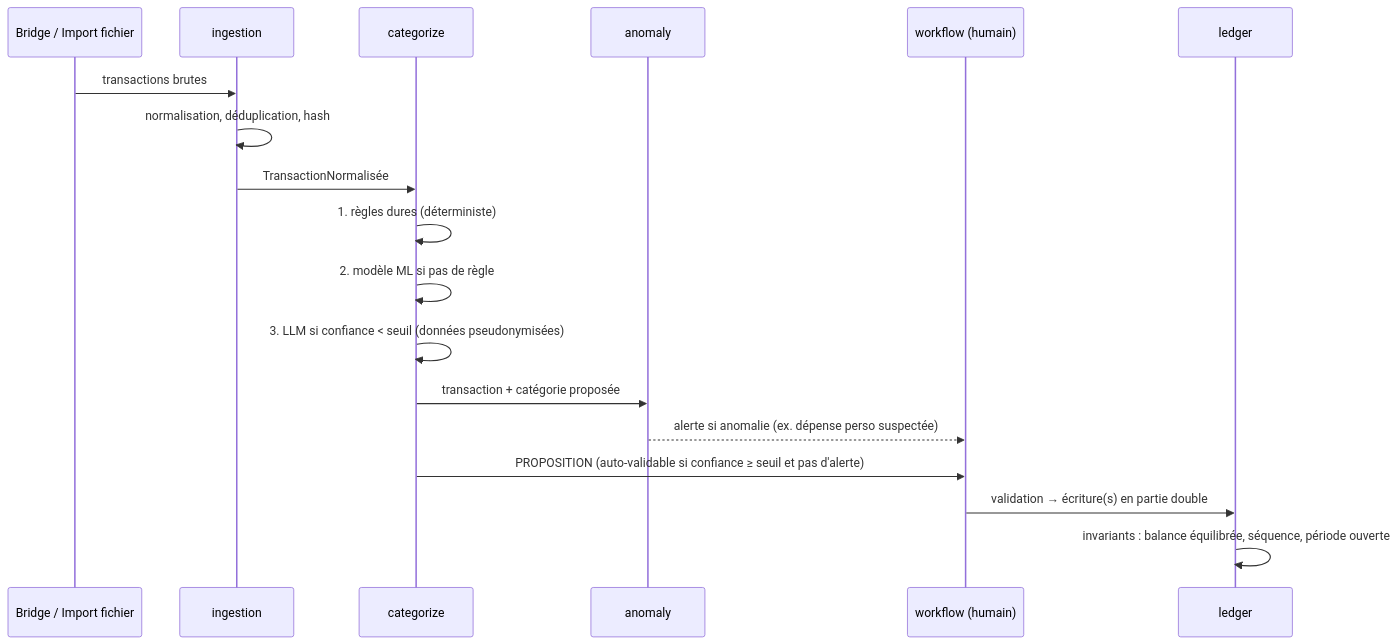
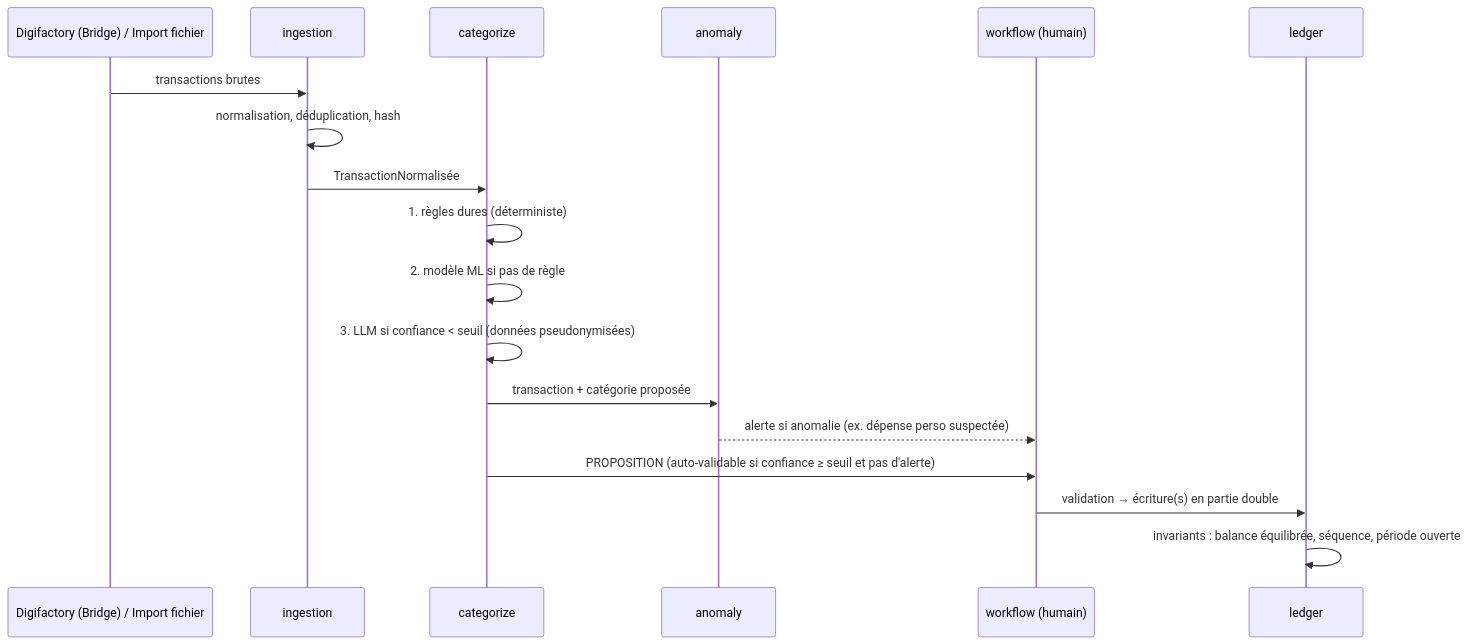
The second of 2 diagrams in docs/03-architecture.md (presidentaxel/AxelCompta), drawn with Mermaid before and after one commit. The commit also changed other lines of this file and 16 other files, not shown here.

````diff
--- a/docs/03-architecture.md
+++ b/docs/03-architecture.md
@@ -148,20 +148,20 @@
 ```mermaid
 sequenceDiagram
-    participant B as Bridge / Import fichier
+    participant B as Digifactory (Bridge) / Import fichier
     participant I as ingestion
     participant C as categorize
     participant A as anomaly
     participant W as workflow (humain)
     participant L as ledger
     B->>I: transactions brutes
     I->>I: normalisation, déduplication, hash
     I->>C: TransactionNormalisée
     C->>C: 1. règles dures (déterministe)
     C->>C: 2. modèle ML si pas de règle
     C->>C: 3. LLM si confiance < seuil (données pseudonymisées)
     C->>A: transaction + catégorie proposée
     A-->>W: alerte si anomalie (ex. dépense perso suspectée)
     C->>W: PROPOSITION (auto-validable si confiance ≥ seuil et pas d'alerte)
     W->>L: validation → écriture(s) en partie double
     L->>L: invariants : balance équilibrée, séquence, période ouverte
 ```
````
